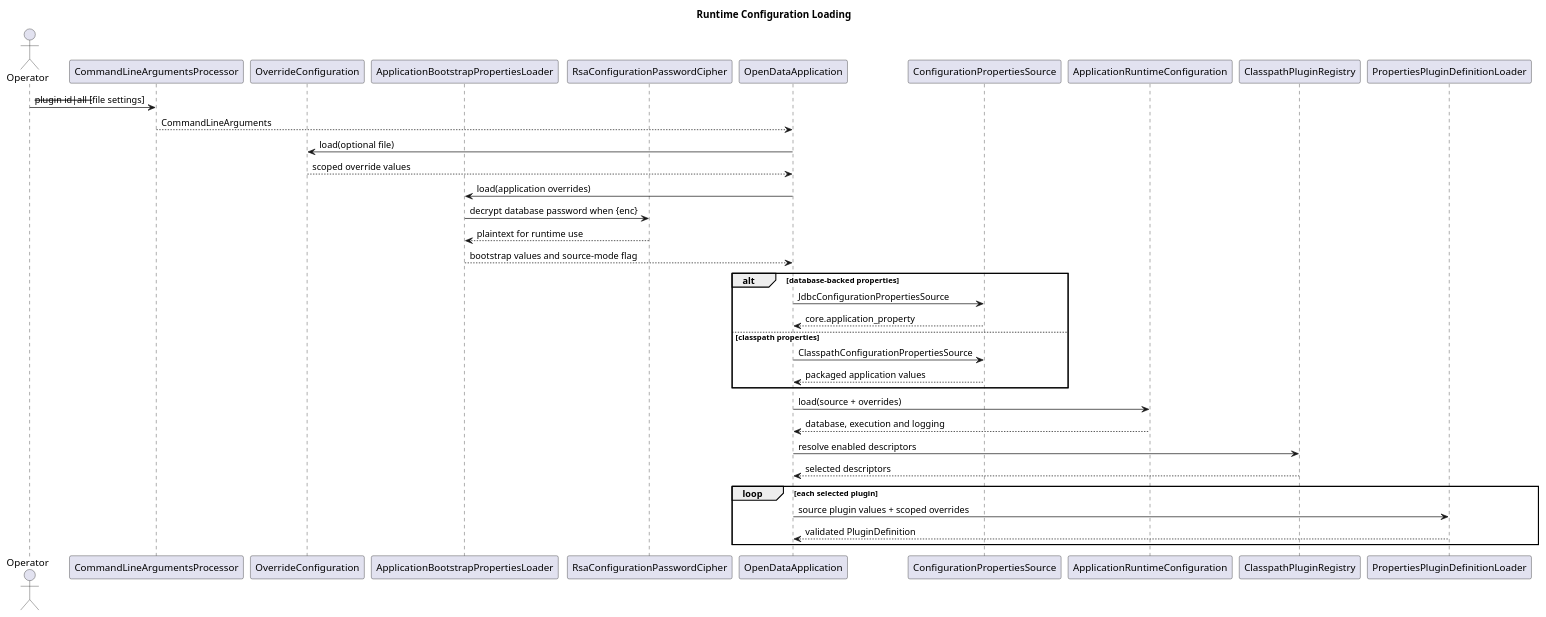
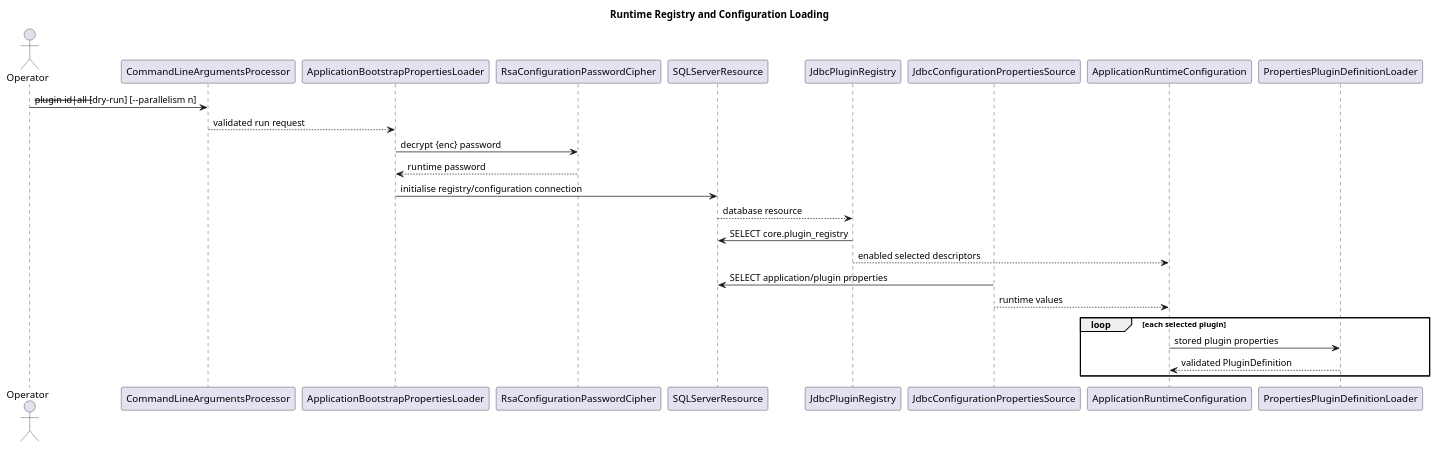
Before and after one commit to TerryCurranZellis/OpenData: the diagram in docs/diagrams/source/configuration-loading-sequence.puml, drawn with PlantUML. The commit also changed 128 other files, not shown here.

```diff
--- a/docs/diagrams/source/configuration-loading-sequence.puml
+++ b/docs/diagrams/source/configuration-loading-sequence.puml
@@ -1,37 +1,27 @@
 @startuml
-title Runtime Configuration Loading
+title Runtime Registry and Configuration Loading
 actor Operator
 participant CommandLineArgumentsProcessor as CLI
-participant OverrideConfiguration as Override
 participant ApplicationBootstrapPropertiesLoader as Bootstrap
 participant RsaConfigurationPasswordCipher as Cipher
-participant OpenDataApplication as Application
-participant ConfigurationPropertiesSource as Source
+participant SQLServerResource as SQL
+participant JdbcPluginRegistry as Registry
+participant JdbcConfigurationPropertiesSource as Properties
 participant ApplicationRuntimeConfiguration as Runtime
-participant ClasspathPluginRegistry as Registry
 participant PropertiesPluginDefinitionLoader as Loader
 
-Operator -> CLI : --plugin id|all [--file settings]
-CLI --> Application : CommandLineArguments
-Application -> Override : load(optional file)
-Override --> Application : scoped override values
-Application -> Bootstrap : load(application overrides)
-Bootstrap -> Cipher : decrypt database password when {enc}
-Cipher --> Bootstrap : plaintext for runtime use
-Bootstrap --> Application : bootstrap values and source-mode flag
-alt database-backed properties
-  Application -> Source : JdbcConfigurationPropertiesSource
-  Source --> Application : core.application_property
-else classpath properties
-  Application -> Source : ClasspathConfigurationPropertiesSource
-  Source --> Application : packaged application values
-end
-Application -> Runtime : load(source + overrides)
-Runtime --> Application : database, execution and logging
-Application -> Registry : resolve enabled descriptors
-Registry --> Application : selected descriptors
+Operator -> CLI : --plugin id|all [--dry-run] [--parallelism n]
+CLI --> Bootstrap : validated run request
+Bootstrap -> Cipher : decrypt {enc} password
+Cipher --> Bootstrap : runtime password
+Bootstrap -> SQL : initialise registry/configuration connection
+SQL --> Registry : database resource
+Registry -> SQL : SELECT core.plugin_registry
+Registry --> Runtime : enabled selected descriptors
+Properties -> SQL : SELECT application/plugin properties
+Properties --> Runtime : runtime values
 loop each selected plugin
-  Application -> Loader : source plugin values + scoped overrides
-  Loader --> Application : validated PluginDefinition
+  Runtime -> Loader : stored plugin properties
+  Loader --> Runtime : validated PluginDefinition
 end
 @enduml
```
